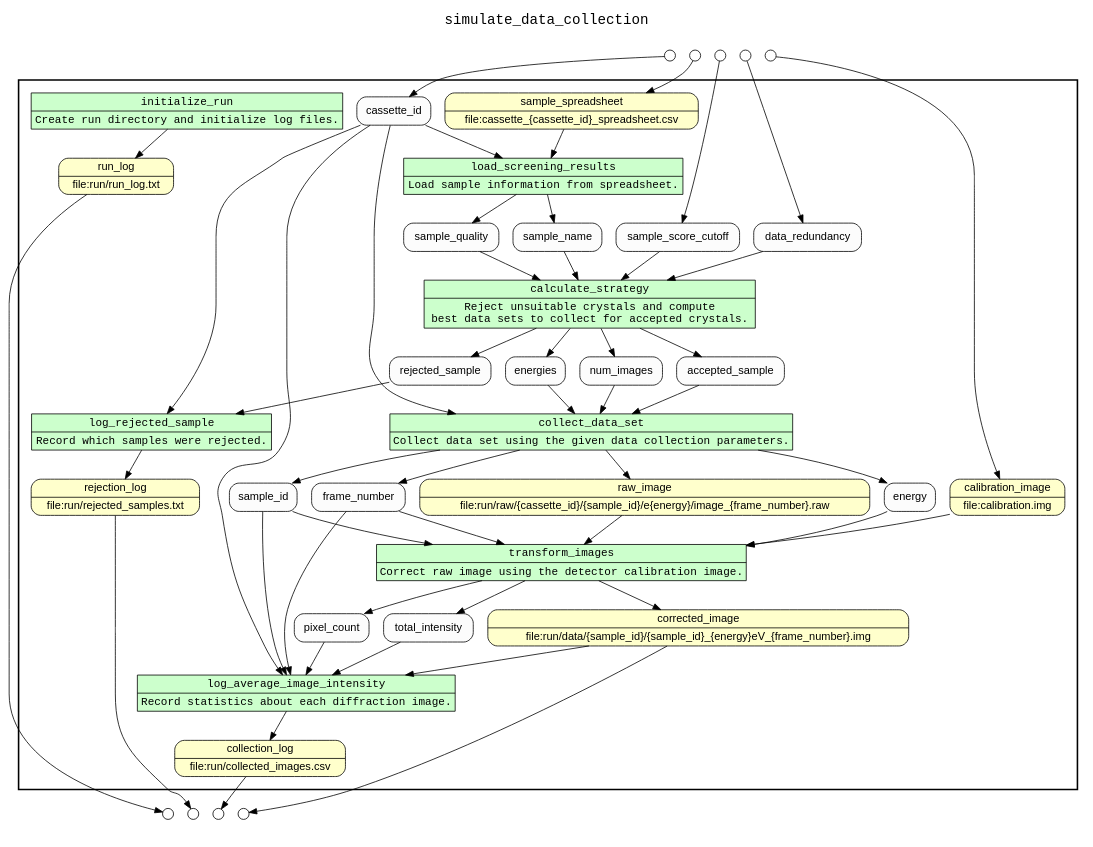
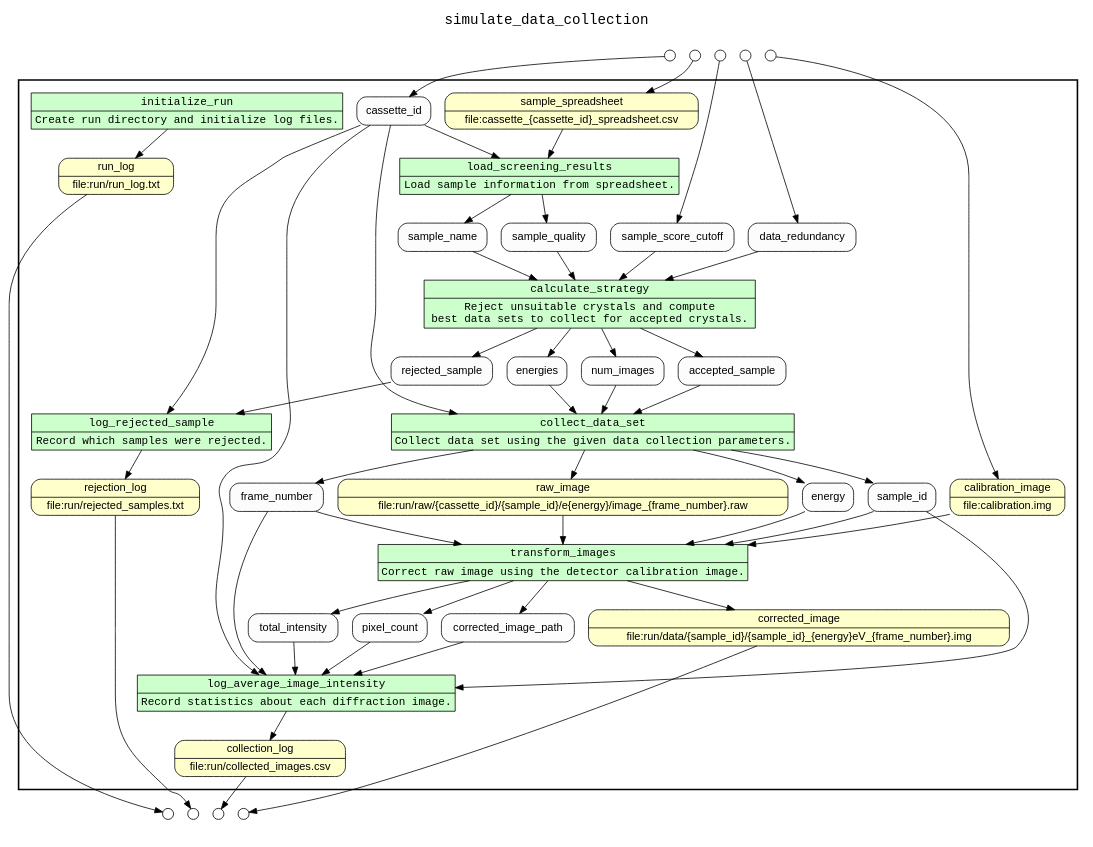
Before and after one commit to gems-uff/yin-yang-demo: the diagram in simulate_data_collection/yw/combined.gv, drawn with Graphviz. The commit also changed 6 other files, not shown here.

```diff
--- a/simulate_data_collection/yw/combined.gv
+++ b/simulate_data_collection/yw/combined.gv
@@ -1,148 +1,150 @@
 
 /* Start of top-level graph */
 digraph Workflow {
 rankdir=TB
 
 /* Title for graph */
 fontname=Courier; fontsize=18; labelloc=t
 label=simulate_data_collection
 
 /* Start of double cluster for drawing box around nodes in workflow */
 subgraph cluster_workflow_box_outer { label=""; color=black; penwidth=2
 subgraph cluster_workflow_box_inner { label=""; color=white
 
 /* Style for nodes representing atomic programs in workflow */
 node[shape=box style=filled fillcolor="#CCFFCC" peripheries=1 fontname=Courier]
 
 /* Nodes representing atomic programs in workflow */
 initialize_run [shape=record rankdir=LR label="{<f0> initialize_run |<f1> Create run directory and initialize log files.}"];
 load_screening_results [shape=record rankdir=LR label="{<f0> load_screening_results |<f1> Load sample information from spreadsheet.}"];
 calculate_strategy [shape=record rankdir=LR label="{<f0> calculate_strategy |<f1> Reject unsuitable crystals and compute \n best data sets to collect for accepted crystals.}"];
 log_rejected_sample [shape=record rankdir=LR label="{<f0> log_rejected_sample |<f1> Record which samples were rejected.}"];
 collect_data_set [shape=record rankdir=LR label="{<f0> collect_data_set |<f1> Collect data set using the given data collection parameters.}"];
 transform_images [shape=record rankdir=LR label="{<f0> transform_images |<f1> Correct raw image using the detector calibration image.}"];
 log_average_image_intensity [shape=record rankdir=LR label="{<f0> log_average_image_intensity |<f1> Record statistics about each diffraction image.}"];
 
 /* Style for nodes representing non-parameter data channels in workflow */
 node[shape=box style="rounded,filled" fillcolor="#FFFFCC" peripheries=1 fontname=Helvetica]
 
 /* Nodes for non-parameter data channels in workflow */
 corrected_image [shape=record rankdir=LR label="{<f0> corrected_image |<f1> file\:run/data/\{sample_id\}/\{sample_id\}_\{energy\}eV_\{frame_number\}.img}"];
 run_log [shape=record rankdir=LR label="{<f0> run_log |<f1> file\:run/run_log.txt}"];
 collection_log [shape=record rankdir=LR label="{<f0> collection_log |<f1> file\:run/collected_images.csv}"];
 rejection_log [shape=record rankdir=LR label="{<f0> rejection_log |<f1> file\:run/rejected_samples.txt}"];
 sample_spreadsheet [shape=record rankdir=LR label="{<f0> sample_spreadsheet |<f1> file\:cassette_\{cassette_id\}_spreadsheet.csv}"];
 raw_image [shape=record rankdir=LR label="{<f0> raw_image |<f1> file\:run/raw/\{cassette_id\}/\{sample_id\}/e\{energy\}/image_\{frame_number\}.raw}"];
 calibration_image [shape=record rankdir=LR label="{<f0> calibration_image |<f1> file\:calibration.img}"];
 
 /* Style for nodes representing parameter channels in workflow */
 node[shape=box style="rounded,filled" fillcolor="#FCFCFC" peripheries=1 fontname=Helvetica]
 
 /* Nodes representing parameter channels in workflow */
 cassette_id
 sample_score_cutoff
 data_redundancy
 sample_name
 sample_quality
 rejected_sample
 num_images
 accepted_sample
 energies
 sample_id
 energy
 frame_number
+corrected_image_path
 total_intensity
 pixel_count
 
 /* Edges representing connections between programs and channels */
 initialize_run -> run_log
 load_screening_results -> sample_name
 load_screening_results -> sample_quality
 cassette_id -> load_screening_results
 sample_spreadsheet -> load_screening_results
 calculate_strategy -> accepted_sample
 calculate_strategy -> rejected_sample
 calculate_strategy -> num_images
 calculate_strategy -> energies
 sample_score_cutoff -> calculate_strategy
 data_redundancy -> calculate_strategy
 sample_name -> calculate_strategy
 sample_quality -> calculate_strategy
 log_rejected_sample -> rejection_log
 cassette_id -> log_rejected_sample
 rejected_sample -> log_rejected_sample
 collect_data_set -> sample_id
 collect_data_set -> energy
 collect_data_set -> frame_number
 collect_data_set -> raw_image
 cassette_id -> collect_data_set
 num_images -> collect_data_set
 accepted_sample -> collect_data_set
 energies -> collect_data_set
 transform_images -> corrected_image
+transform_images -> corrected_image_path
 transform_images -> total_intensity
 transform_images -> pixel_count
 sample_id -> transform_images
 energy -> transform_images
 frame_number -> transform_images
 raw_image -> transform_images
 calibration_image -> transform_images
 log_average_image_intensity -> collection_log
 cassette_id -> log_average_image_intensity
 sample_id -> log_average_image_intensity
 frame_number -> log_average_image_intensity
-corrected_image -> log_average_image_intensity
+corrected_image_path -> log_average_image_intensity
 total_intensity -> log_average_image_intensity
 pixel_count -> log_average_image_intensity
 
 /* End of double cluster for drawing box around nodes in workflow */
 }}
 
 /* Hidden double-cluster for grouping workflow input ports */
 subgraph cluster_input_ports_group_outer { label=""; color=white
 subgraph cluster_input_ports_group_inner { label=""; color=white
 
 /* Style for nodes representing workflow input ports */
 node[shape=circle style="rounded,filled" fillcolor="#FFFFFF" peripheries=1 fontname=Helvetica width=0.2]
 
 /* Nodes representing workflow input ports */
 cassette_id_input_port [label=""]
 sample_score_cutoff_input_port [label=""]
 data_redundancy_input_port [label=""]
 sample_spreadsheet_input_port [label=""]
 calibration_image_input_port [label=""]
 
 /* End of double-cluster for grouping workflow input ports */
 }}
 
 /* Hidden double-cluster for grouping workflow output ports */
 subgraph cluster_output_ports_group_outer { label=""; color=white
 subgraph cluster_output_ports_group_inner { label=""; color=white
 
 /* Style for nodes representing workflow output ports */
 node[shape=circle style="rounded,filled" fillcolor="#FFFFFF" peripheries=1 fontname=Helvetica width=0.2]
 
 /* Nodes representing workflow output ports */
 corrected_image_output_port [label=""]
 run_log_output_port [label=""]
 collection_log_output_port [label=""]
 rejection_log_output_port [label=""]
 
 /* End of double-cluster for grouping workflow output ports */
 }}
 
 /* Edges from input ports to channels */
 cassette_id_input_port -> cassette_id
 sample_score_cutoff_input_port -> sample_score_cutoff
 data_redundancy_input_port -> data_redundancy
 sample_spreadsheet_input_port -> sample_spreadsheet
 calibration_image_input_port -> calibration_image
 
 /* Edges from channels to output ports */
 corrected_image -> corrected_image_output_port
 run_log -> run_log_output_port
 collection_log -> collection_log_output_port
 rejection_log -> rejection_log_output_port
 
 /* End of top-level graph */
 }
```
